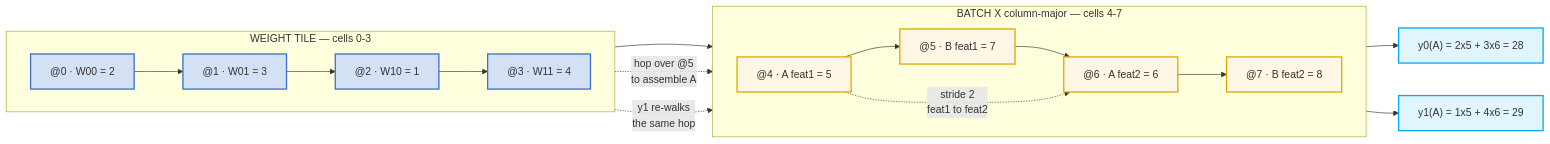
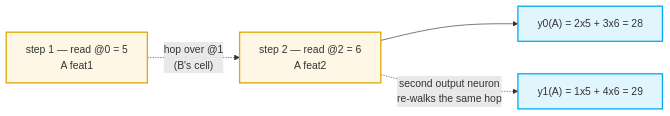
Before and after one commit to jsavinash/artificial-intelligence-study-guide: the fourth of 7 diagrams in docs/concepts/linear-algebra/linear-layer.md, drawn with Mermaid. The commit also changed other lines of this file, not shown here.

````diff
--- a/docs/concepts/linear-algebra/linear-layer.md
+++ b/docs/concepts/linear-algebra/linear-layer.md
@@ -56,35 +100,11 @@
 ```mermaid
 graph LR
-    subgraph C1W["WEIGHT TILE — cells 0-3"]
-        direction LR
-        c1a0["@0 · W00 = 2"]
-        c1a1["@1 · W01 = 3"]
-        c1a2["@2 · W10 = 1"]
-        c1a3["@3 · W11 = 4"]
-    end
+    mr1s1["step 1 — read @0 = 5<br>A feat1"] -.->|"hop over @1<br>(B's cell)"| mr1s2["step 2 — read @2 = 6<br>A feat2"]
+    mr1s2 --> mr1y0["y0(A) = 2x5 + 3x6 = 28"]
+    mr1s2 -.->|"second output neuron<br>re-walks the same hop"| mr1y1["y1(A) = 1x5 + 4x6 = 29"]
 
-    subgraph C1X["BATCH X column-major — cells 4-7"]
-        direction LR
-        c1a4["@4 · A feat1 = 5"]
-        c1a5["@5 · B feat1 = 7"]
-        c1a6["@6 · A feat2 = 6"]
-        c1a7["@7 · B feat2 = 8"]
-    end
-
-    yA0["y0(A) = 2x5 + 3x6 = 28"]
-    yA1["y1(A) = 1x5 + 4x6 = 29"]
-
-    c1a0 --> c1a1 --> c1a2 --> c1a3 --> c1a4 --> c1a5 --> c1a6 --> c1a7
-    c1a1 -.->|"hop over @5<br>to assemble A"| c1a4
-    c1a4 -.->|"stride 2<br>feat1 to feat2"| c1a6
-    c1a3 -.->|"y1 re-walks<br>the same hop"| c1a4
-    c1a6 --> yA0
-    c1a6 --> yA1
-
-    classDef wcell fill:#d4e1f5,stroke:#3b71ca,stroke-width:2px
-    classDef xcell fill:#fff7e6,stroke:#e0a800,stroke-width:2px
-    classDef out fill:#e1f5fe,stroke:#03a9f4,stroke-width:2px
-    class c1a0,c1a1,c1a2,c1a3 wcell
-    class c1a4,c1a5,c1a6,c1a7 xcell
-    class yA0,yA1 out
+    classDef hopcell fill:#fff7e6,stroke:#e0a800,stroke-width:2px
+    classDef outcell fill:#e1f5fe,stroke:#03a9f4,stroke-width:2px
+    class mr1s1,mr1s2 hopcell
+    class mr1y0,mr1y1 outcell
 ```
````
